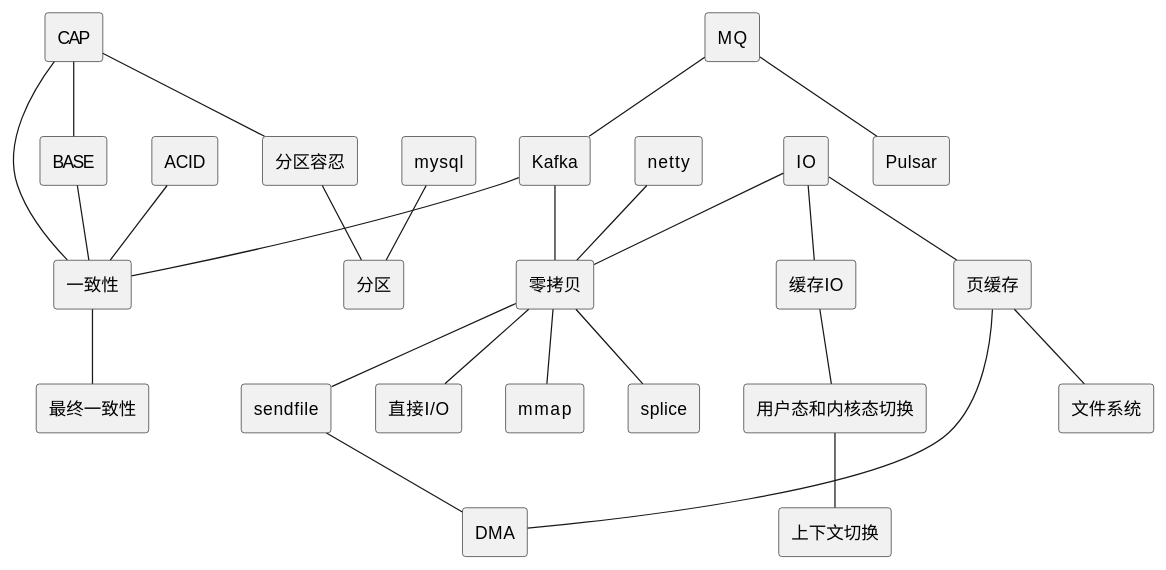
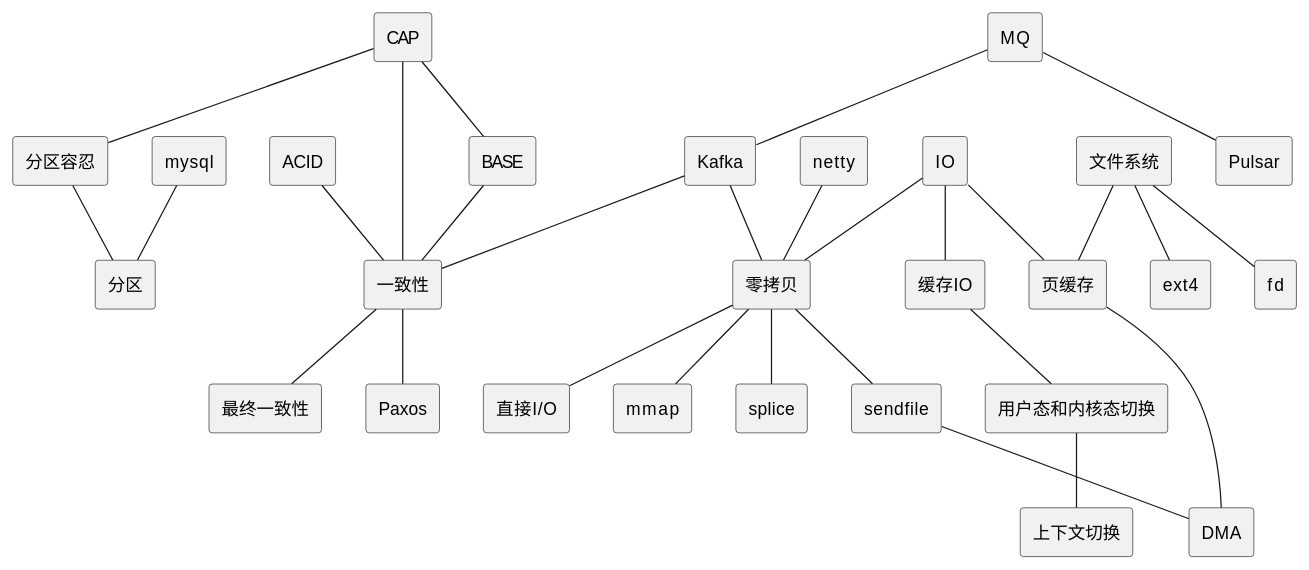
One commit to wiloon/blog changed the diagram in content/post/archive-1/2015-08-06-dev-env.md. Above: the diagram before and after it, drawn with PlantUML. The commit also changed 2 other files, not shown here.

Commit message:
最终一致

````diff
--- a/content/post/archive-1/2015-08-06-dev-env.md
+++ b/content/post/archive-1/2015-08-06-dev-env.md
@@ -93,56 +93,62 @@
 ```puml
 @startuml
 skinparam componentStyle rectangle
 
 [Kafka] as kafka
 [一致性] as consistency
 [最终一致性] as eventual_consistency
 [CAP] as cap
 [BASE] as base
 [分区容忍] as partition_tolerance
 [分区] as partition
 [mysql]
 [ACID] as acid
 [MQ] as mq
 [Pulsar] as pulsar
 [netty]
 [零拷贝] as zero_copy
 [IO] as io
 [缓存IO] as buffered_io
 [页缓存] as page_cache
 [sendfile] as sendfile
 [DMA] as dma
 [文件系统] as file_system
 [直接I/O] as direct_io
 [mmap]
 [splice]
 [用户态和内核态切换] as user_kernal_switch
 [上下文切换] as context_switch
+[fd]
+[ext4]
+[Paxos] as paxos
 
 kafka--consistency
 cap--base
 cap--consistency
 partition_tolerance--partition
 mysql--partition
 consistency--eventual_consistency
 acid--consistency
 base--consistency
 cap--partition_tolerance
 mq--kafka
 mq--pulsar
 kafka--zero_copy
 netty--zero_copy
 io--page_cache
 io--buffered_io
 page_cache--dma
-page_cache--file_system
+file_system--page_cache
 io--zero_copy
 zero_copy--direct_io
 zero_copy--mmap
 zero_copy--sendfile
 zero_copy--splice
 sendfile--dma
 buffered_io--user_kernal_switch
 user_kernal_switch--context_switch
+file_system--fd
+file_system--ext4
+consistency--paxos
 @enduml
 ```
````
